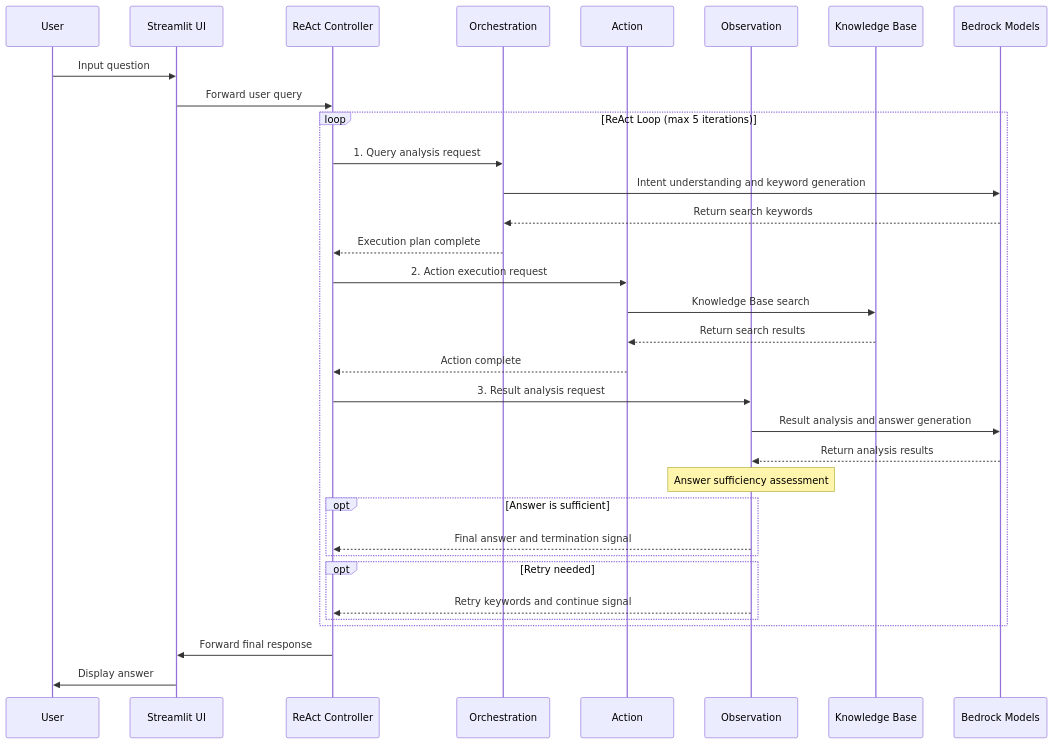
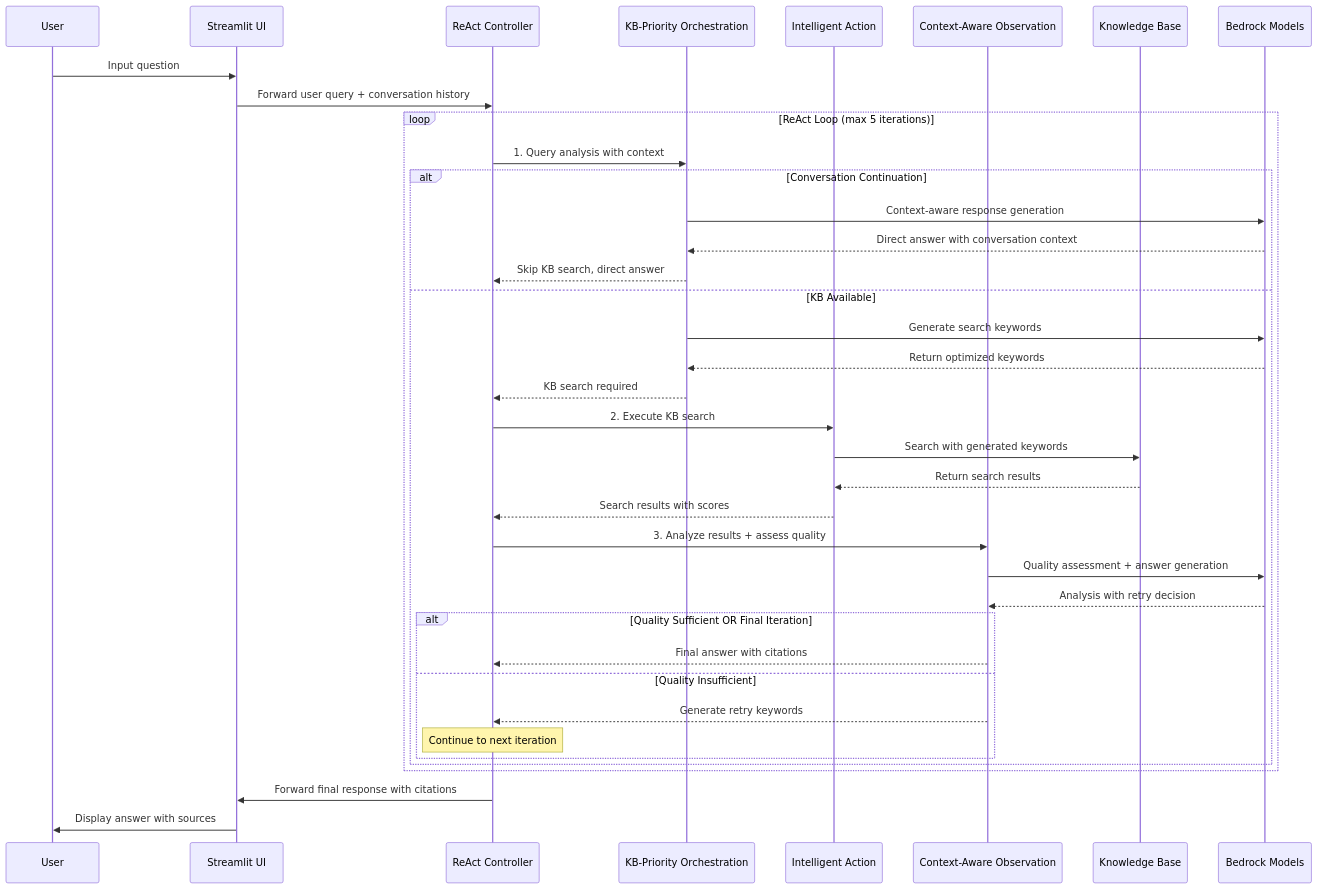
One commit to jesamkim/aws-strands-agents-chatbot changed the second of 2 diagrams in README.md. Above: the diagram before and after it, drawn with Mermaid. The commit also changed other lines of this file and 16 other files, not shown here.

````diff
--- a/README.md
+++ b/README.md
@@ -100,43 +118,47 @@
 ```mermaid
 sequenceDiagram
     participant User
     participant UI as Streamlit UI
     participant RC as ReAct Controller
-    participant O as Orchestration
-    participant A as Action
-    participant Obs as Observation
+    participant O as KB-Priority Orchestration
+    participant A as Intelligent Action
+    participant Obs as Context-Aware Observation
     participant KB as Knowledge Base
     participant LLM as Bedrock Models
     
     User->>UI: Input question
-    UI->>RC: Forward user query
+    UI->>RC: Forward user query + conversation history
     
     loop ReAct Loop (max 5 iterations)
-        RC->>O: 1. Query analysis request
-        O->>LLM: Intent understanding and keyword generation
-        LLM-->>O: Return search keywords
-        O-->>RC: Execution plan complete
+        RC->>O: 1. Query analysis with context
         
-        RC->>A: 2. Action execution request
-        A->>KB: Knowledge Base search
-        KB-->>A: Return search results
-        A-->>RC: Action complete
-        
-        RC->>Obs: 3. Result analysis request
-        Obs->>LLM: Result analysis and answer generation
-        LLM-->>Obs: Return analysis results
-        
-        Note over Obs: Answer sufficiency assessment
-        
-        opt Answer is sufficient
-            Obs-->>RC: Final answer and termination signal
-        end
-        
-        opt Retry needed
-            Obs-->>RC: Retry keywords and continue signal
+        alt Conversation Continuation
+            O->>LLM: Context-aware response generation
+            LLM-->>O: Direct answer with conversation context
+            O-->>RC: Skip KB search, direct answer
+        else KB Available
+            O->>LLM: Generate search keywords
+            LLM-->>O: Return optimized keywords
+            O-->>RC: KB search required
+            
+            RC->>A: 2. Execute KB search
+            A->>KB: Search with generated keywords
+            KB-->>A: Return search results
+            A-->>RC: Search results with scores
+            
+            RC->>Obs: 3. Analyze results + assess quality
+            Obs->>LLM: Quality assessment + answer generation
+            LLM-->>Obs: Analysis with retry decision
+            
+            alt Quality Sufficient OR Final Iteration
+                Obs-->>RC: Final answer with citations
+            else Quality Insufficient
+                Obs-->>RC: Generate retry keywords
+                Note over RC: Continue to next iteration
+            end
         end
     end
     
-    RC->>UI: Forward final response
-    UI->>User: Display answer
+    RC->>UI: Forward final response with citations
+    UI->>User: Display answer with sources
 ```
````
